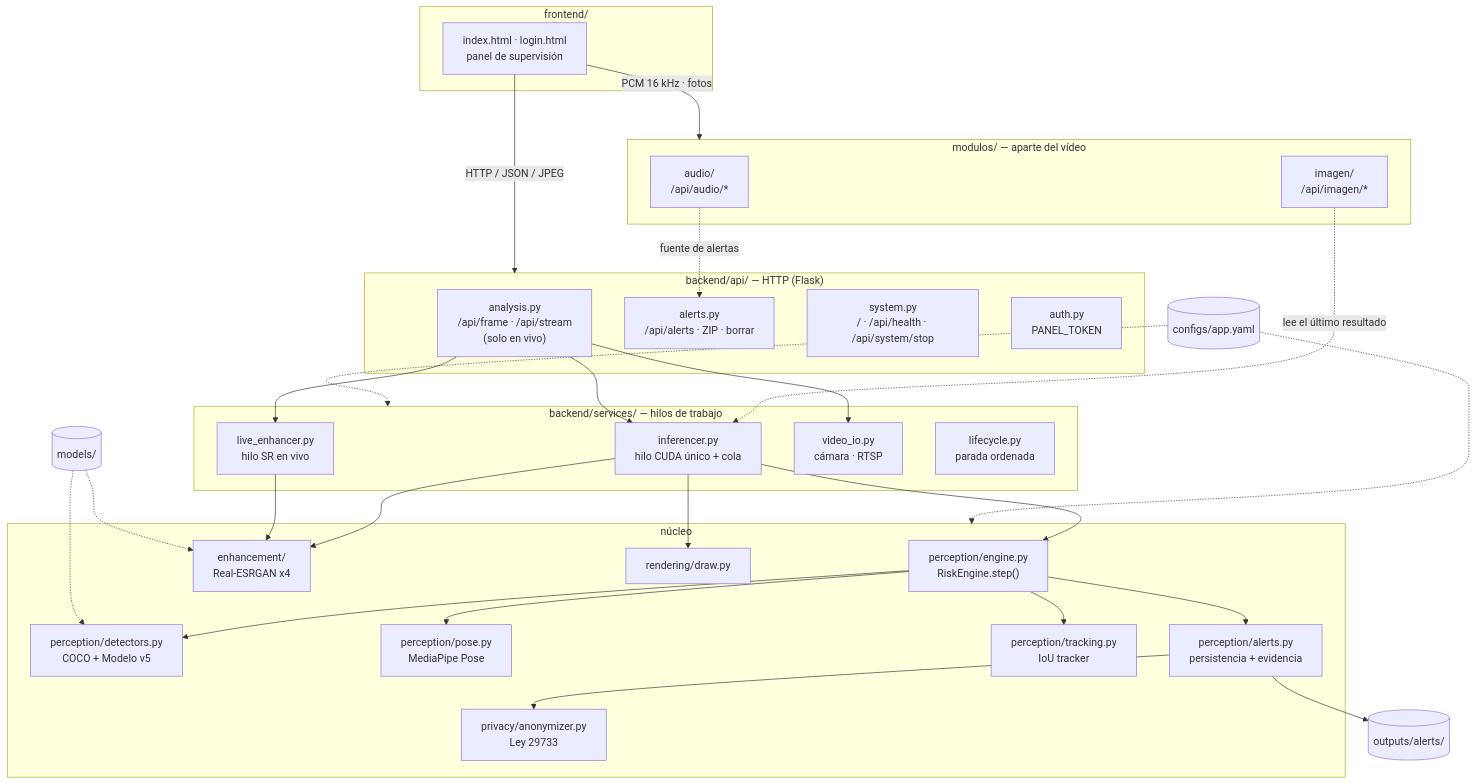
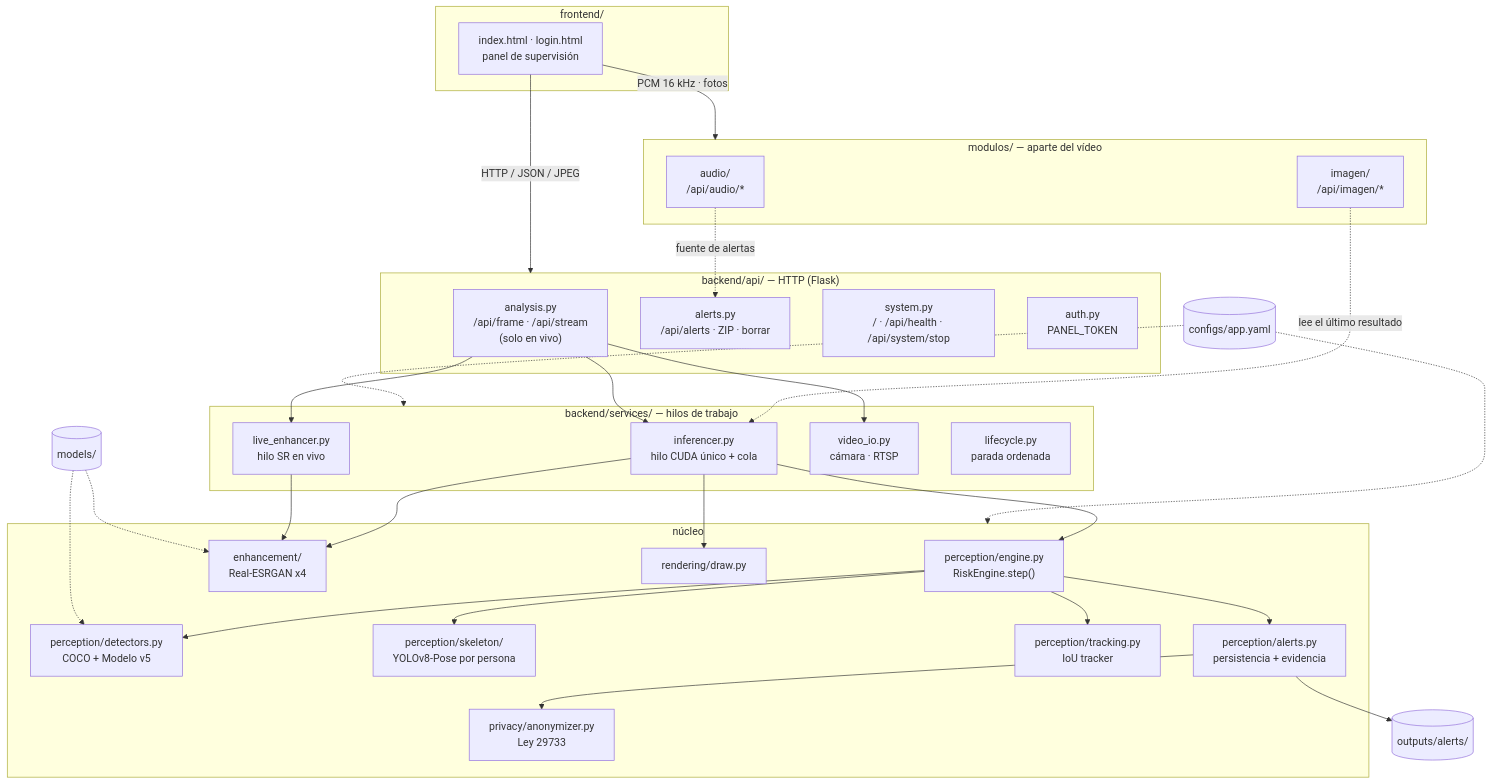
One commit to AndyHHR1/Video-G-G changed the first of 2 diagrams in README.md. Above: the diagram before and after it, drawn with Mermaid. The commit also changed other lines of this file and 16 other files, not shown here.

````diff
--- a/README.md
+++ b/README.md
@@ -230,48 +254,48 @@
 ```mermaid
 flowchart TB
     subgraph FE["frontend/"]
         UI["index.html · login.html<br/>panel de supervisión"]
     end
     subgraph API["backend/api/  — HTTP (Flask)"]
         AN["analysis.py<br/>/api/frame · /api/stream<br/>(solo en vivo)"]
         AL["alerts.py<br/>/api/alerts · ZIP · borrar"]
         SY["system.py<br/>/ · /api/health · /api/system/stop"]
         AU["auth.py<br/>PANEL_TOKEN"]
     end
     subgraph SV["backend/services/  — hilos de trabajo"]
         INF["inferencer.py<br/>hilo CUDA único + cola"]
         LE["live_enhancer.py<br/>hilo SR en vivo"]
         VIO["video_io.py<br/>cámara · RTSP"]
         LC["lifecycle.py<br/>parada ordenada"]
     end
     subgraph MODS["modulos/  — aparte del vídeo"]
         AUD["audio/<br/>/api/audio/*"]
         IMG["imagen/<br/>/api/imagen/*"]
     end
     subgraph CORE["núcleo"]
         ENG["perception/engine.py<br/>RiskEngine.step()"]
         DET["perception/detectors.py<br/>COCO + Modelo v5"]
-        POSE["perception/pose.py<br/>MediaPipe Pose"]
+        POSE["perception/skeleton/<br/>YOLOv8-Pose por persona"]
         TRK["perception/tracking.py<br/>IoU tracker"]
         ALM["perception/alerts.py<br/>persistencia + evidencia"]
         SR["enhancement/<br/>Real-ESRGAN x4"]
         PRV["privacy/anonymizer.py<br/>Ley 29733"]
         RND["rendering/draw.py"]
     end
     CFG[("configs/app.yaml")]
     MOD[("models/")]
     OUT[("outputs/alerts/")]
 
     UI -- "HTTP / JSON / JPEG" --> API
     UI -- "PCM 16 kHz · fotos" --> MODS
     AUD -. "fuente de alertas" .-> AL
     IMG -. "lee el último resultado" .-> INF
     AN --> INF & LE & VIO
     INF --> ENG & SR & RND
     LE --> SR
     ENG --> DET & POSE & TRK & ALM
     ALM --> PRV
     ALM --> OUT
     CFG -.-> SV & CORE
     MOD -.-> DET & SR
 ```
````
